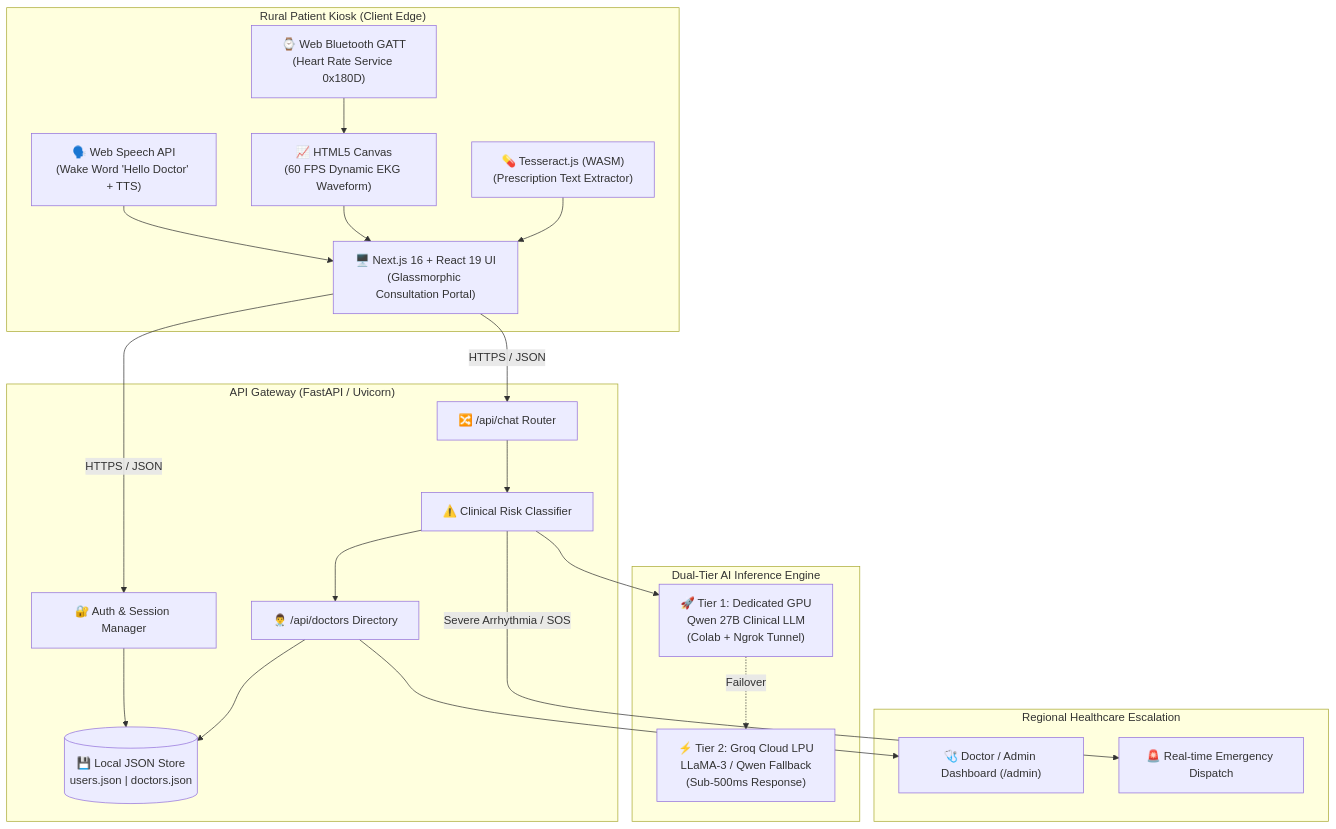
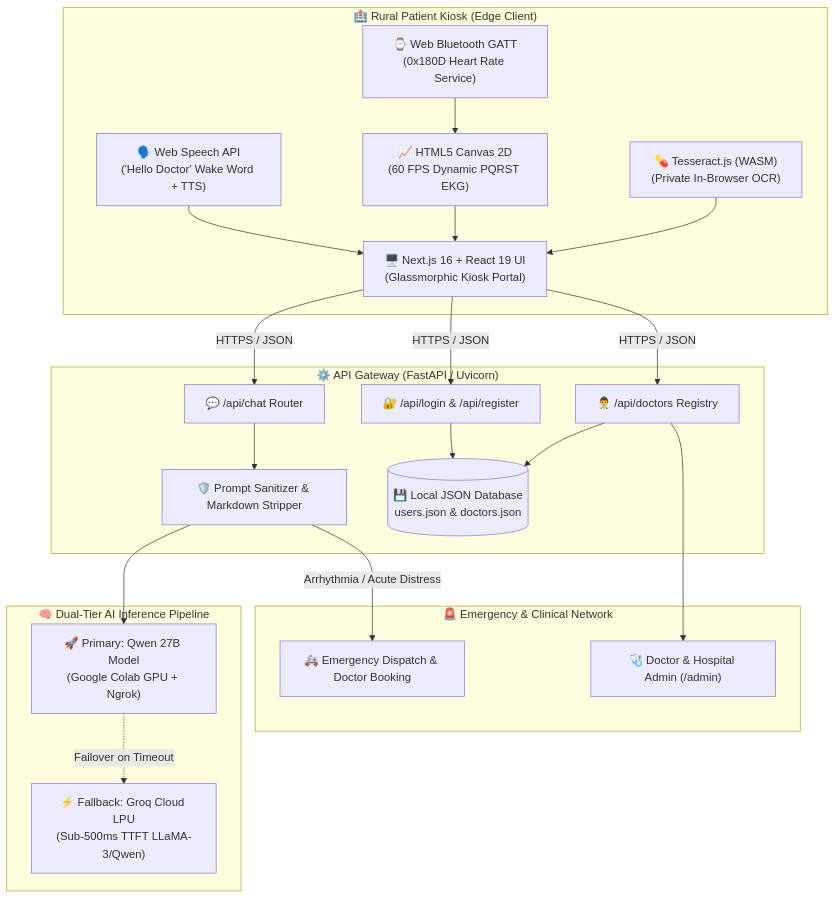
The third of 3 diagrams in README.md (RounitSrivastava/Medical), drawn with Mermaid before and after one commit. The commit also changed other lines of this file, not shown here.

Commit message:
docs: Enhance README with visual mockups, API references, badges, and demo video recording cheatsheet

````diff
--- a/README.md
+++ b/README.md
@@ -208,41 +320,42 @@
 ```mermaid
 graph TB
-    subgraph KioskClient[" Rural Patient Kiosk (Client Edge) "]
-        Voice["🗣️ Web Speech API<br>(Wake Word 'Hello Doctor' + TTS)"]
-        BLE["⌚ Web Bluetooth GATT<br>(Heart Rate Service 0x180D)"]
-        Canvas["📈 HTML5 Canvas<br>(60 FPS Dynamic EKG Waveform)"]
-        OCR["💊 Tesseract.js (WASM)<br>(Prescription Text Extractor)"]
-        UI["🖥️ Next.js 16 + React 19 UI<br>(Glassmorphic Consultation Portal)"]
+    subgraph KioskClient[" 🏥 Rural Patient Kiosk (Edge Client) "]
+        Voice["🗣️ Web Speech API<br>('Hello Doctor' Wake Word + TTS)"]
+        BLE["⌚ Web Bluetooth GATT<br>(0x180D Heart Rate Service)"]
+        Canvas["📈 HTML5 Canvas 2D<br>(60 FPS Dynamic PQRST EKG)"]
+        OCR["💊 Tesseract.js (WASM)<br>(Private In-Browser OCR)"]
+        UI["🖥️ Next.js 16 + React 19 UI<br>(Glassmorphic Kiosk Portal)"]
     end
 
-    subgraph BackendGateway[" API Gateway (FastAPI / Uvicorn) "]
-        Auth["🔐 Auth & Session Manager"]
-        Router["🔀 /api/chat Router"]
-        DoctorMgr["👨‍⚕️ /api/doctors Directory"]
-        RiskEngine["⚠️ Clinical Risk Classifier"]
-        DataStore[("💾 Local JSON Store<br>users.json | doctors.json")]
+    subgraph GatewayLayer[" ⚙️ API Gateway (FastAPI / Uvicorn) "]
+        AuthRouter["🔐 /api/login & /api/register"]
+        ChatRouter["💬 /api/chat Router"]
+        DoctorRouter["👨‍⚕️ /api/doctors Registry"]
+        Sanitizer["🛡️ Prompt Sanitizer & Markdown Stripper"]
+        DataStore[("💾 Local JSON Database<br>users.json & doctors.json")]
     end
 
-    subgraph AICluster[" Dual-Tier AI Inference Engine "]
-        ColabGPU["🚀 Tier 1: Dedicated GPU<br>Qwen 27B Clinical LLM<br>(Colab + Ngrok Tunnel)"]
-        GroqLPU["⚡ Tier 2: Groq Cloud LPU<br>LLaMA-3 / Qwen Fallback<br>(Sub-500ms Response)"]
+    subgraph AICluster[" 🧠 Dual-Tier AI Inference Pipeline "]
+        ColabServer["🚀 Primary: Qwen 27B Model<br>(Google Colab GPU + Ngrok)"]
+        GroqLPU["⚡ Fallback: Groq Cloud LPU<br>(Sub-500ms TTFT LLaMA-3/Qwen)"]
     end
 
-    subgraph HospitalNetwork[" Regional Healthcare Escalation "]
-        AdminUI["🩺 Doctor / Admin Dashboard (/admin)"]
-        EmergencySOS["🚨 Real-time Emergency Dispatch"]
+    subgraph HospitalNetwork[" 🚨 Emergency & Clinical Network "]
+        AdminUI["🩺 Doctor & Hospital Admin (/admin)"]
+        SOSDispatch["🚑 Emergency Dispatch & Doctor Booking"]
     end
 
     Voice --> UI
     BLE --> Canvas --> UI
     OCR --> UI
-    UI -->|HTTPS / JSON| Router
-    UI -->|HTTPS / JSON| Auth
-    Auth --> DataStore
-    Router --> RiskEngine
-    RiskEngine --> ColabGPU
-    ColabGPU -.->|Failover| GroqLPU
-    RiskEngine -->|Severe Arrhythmia / SOS| EmergencySOS
-    RiskEngine --> DoctorMgr --> DataStore
-    DoctorMgr --> AdminUI
+    UI -->|HTTPS / JSON| ChatRouter
+    UI -->|HTTPS / JSON| AuthRouter
+    UI -->|HTTPS / JSON| DoctorRouter
+    AuthRouter --> DataStore
+    DoctorRouter --> DataStore
+    ChatRouter --> Sanitizer
+    Sanitizer --> ColabServer
+    ColabServer -.->|Failover on Timeout| GroqLPU
+    Sanitizer -->|Arrhythmia / Acute Distress| SOSDispatch
+    DoctorRouter --> AdminUI
 ```
````
